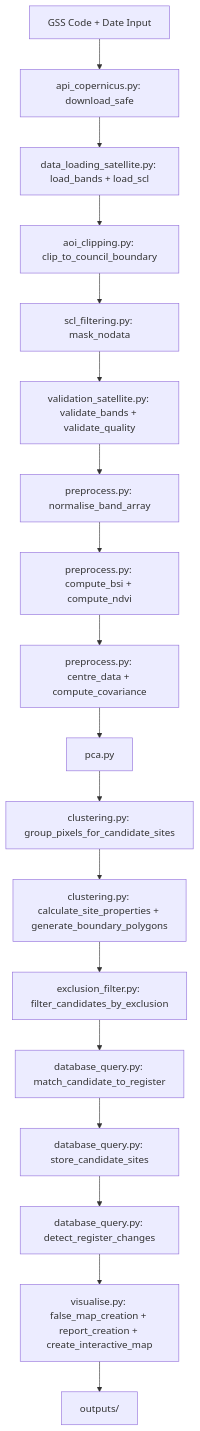
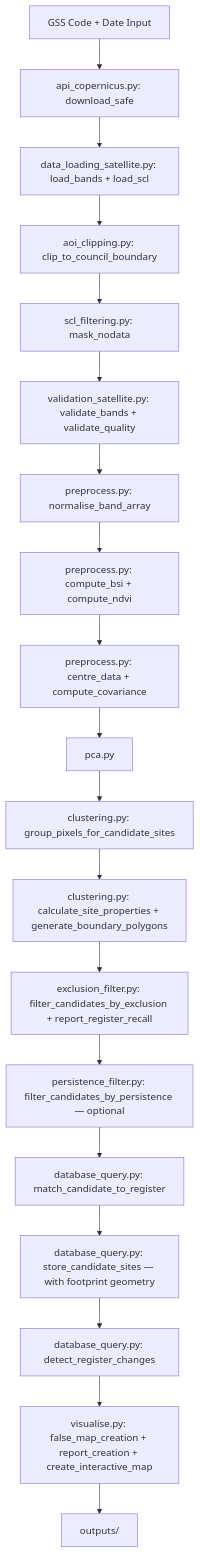
Before and after one commit to LukeWardle/sentinel2-brownfield-stoke: the first of 3 diagrams in DESIGN.md, drawn with Mermaid. The commit also changed other lines of this file and 2 other files, not shown here.

Commit message:
docs: FND workstream, new modules, migrations and evaluation across DESIGN DATABASE README

````diff
--- a/DESIGN.md
+++ b/DESIGN.md
@@ -27,20 +27,21 @@
 ```mermaid
 graph TD
     A[GSS Code + Date Input] --> B[api_copernicus.py: download_safe]
     B --> C[data_loading_satellite.py: load_bands + load_scl]
     C --> D[aoi_clipping.py: clip_to_council_boundary]
     D --> E[scl_filtering.py: mask_nodata]
     E --> F[validation_satellite.py: validate_bands + validate_quality]
     F --> G[preprocess.py: normalise_band_array]
     G --> H[preprocess.py: compute_bsi + compute_ndvi]
     H --> I[preprocess.py: centre_data + compute_covariance]
     I --> J[pca.py]
     J --> K[clustering.py: group_pixels_for_candidate_sites]
     K --> L[clustering.py: calculate_site_properties + generate_boundary_polygons]
-    L --> LX[exclusion_filter.py: filter_candidates_by_exclusion]
-    LX --> M[database_query.py: match_candidate_to_register]
-    M --> N[database_query.py: store_candidate_sites]
+    L --> LX[exclusion_filter.py: filter_candidates_by_exclusion + report_register_recall]
+    LX --> LP[persistence_filter.py: filter_candidates_by_persistence — optional]
+    LP --> M[database_query.py: match_candidate_to_register]
+    M --> N[database_query.py: store_candidate_sites — with footprint geometry]
     N --> O[database_query.py: detect_register_changes]
     O --> P[visualise.py: false_map_creation + report_creation + create_interactive_map]
     P --> Q[outputs/]
 ```
````
